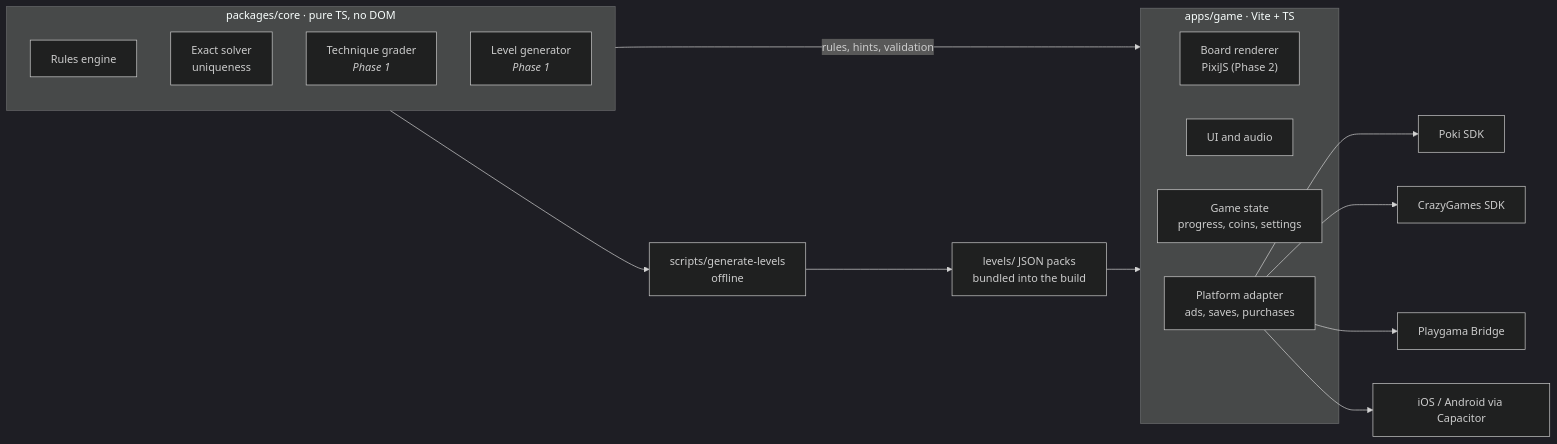
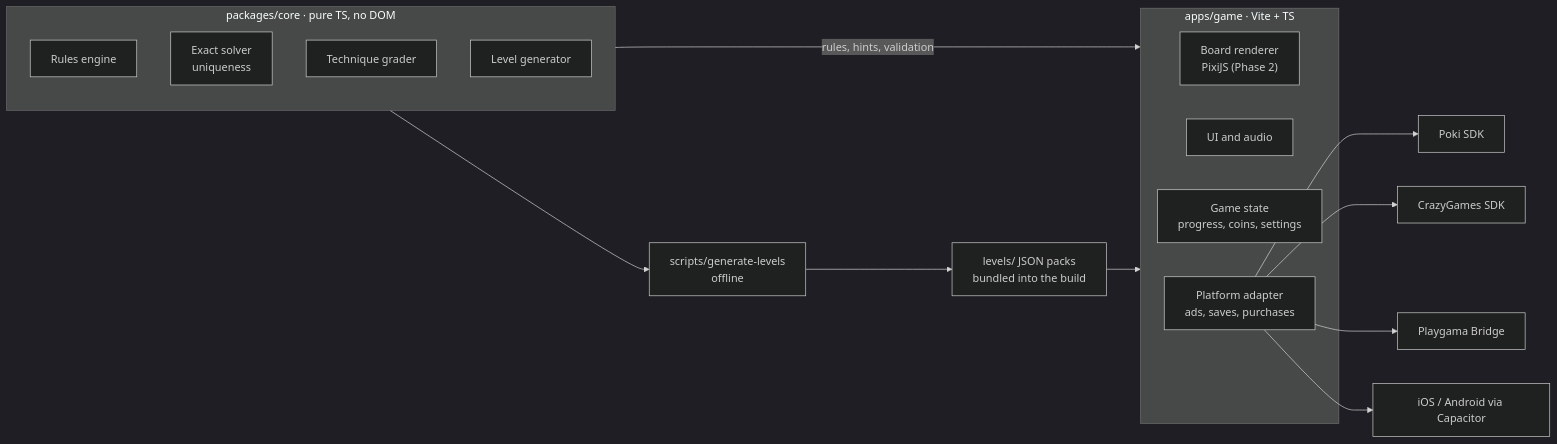
The diagram in ARCHITECTURE.md (lopezmichael/firefly-garden), drawn with Mermaid (dark theme) before and after one commit. The commit also changed other lines of this file and 32 other files, not shown here.

First line of the commit message:
feat(core): Phase 1 grader, difficulty model, generator and ramp builder

````diff
--- a/ARCHITECTURE.md
+++ b/ARCHITECTURE.md
@@ -7,22 +7,22 @@
 ```mermaid
 flowchart LR
   subgraph core["packages/core · pure TS, no DOM"]
     rules[Rules engine]
     exact[Exact solver<br/>uniqueness]
-    grader[Technique grader<br/><i>Phase 1</i>]
-    gen[Level generator<br/><i>Phase 1</i>]
+    grader[Technique grader]
+    gen[Level generator]
   end
   core --> script["scripts/generate-levels<br/>offline"] --> packs["levels/ JSON packs<br/>bundled into the build"]
   core -- "rules, hints, validation" --> game
   packs --> game
   subgraph game["apps/game · Vite + TS"]
     renderer["Board renderer<br/>PixiJS (Phase 2)"]
     ui["UI and audio"]
     state["Game state<br/>progress, coins, settings"]
     adapter["Platform adapter<br/>ads, saves, purchases"]
   end
   adapter --> poki[Poki SDK]
   adapter --> crazy[CrazyGames SDK]
   adapter --> playgama[Playgama Bridge]
   adapter --> ios["iOS / Android via Capacitor"]
 ```
````
